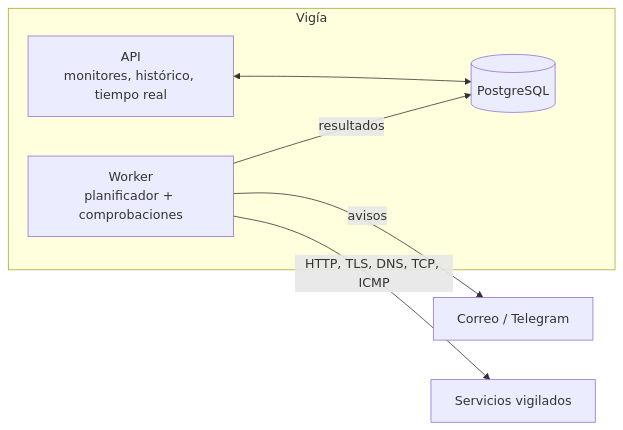
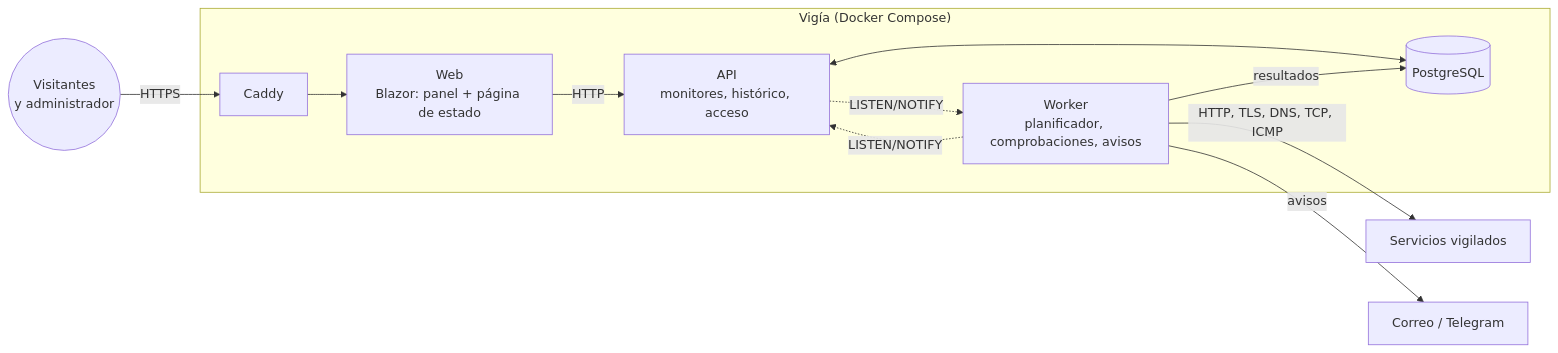
Before and after one commit to marnau74/vigia: the first of 2 diagrams in README.md, drawn with Mermaid. The commit also changed other lines of this file and 6 other files, not shown here.

````diff
--- a/README.md
+++ b/README.md
@@ -14,12 +40,14 @@
 ```mermaid
 flowchart LR
-    subgraph Solucion["Vigía"]
-        W["Worker<br/>planificador + comprobaciones"]
-        A["API<br/>monitores, histórico, tiempo real"]
-        P[("PostgreSQL")]
+    U(("Visitantes<br/>y administrador")) -->|HTTPS| C["Caddy"]
+    subgraph Solucion["Vigía (Docker Compose)"]
+        C --> WEB["Web<br/>Blazor: panel + página de estado"]
+        WEB -->|HTTP| A["API<br/>monitores, histórico, acceso"]
+        A <--> P[("PostgreSQL")]
+        W["Worker<br/>planificador, comprobaciones, avisos"] -->|resultados| P
+        A -. "LISTEN/NOTIFY" .-> W
+        W -. "LISTEN/NOTIFY" .-> A
     end
-    W -->|resultados| P
-    A <--> P
+    W -->|HTTP, TLS, DNS, TCP, ICMP| X["Servicios vigilados"]
     W -->|avisos| M["Correo / Telegram"]
-    W -->|HTTP, TLS, DNS, TCP, ICMP| X["Servicios vigilados"]
 ```
````
